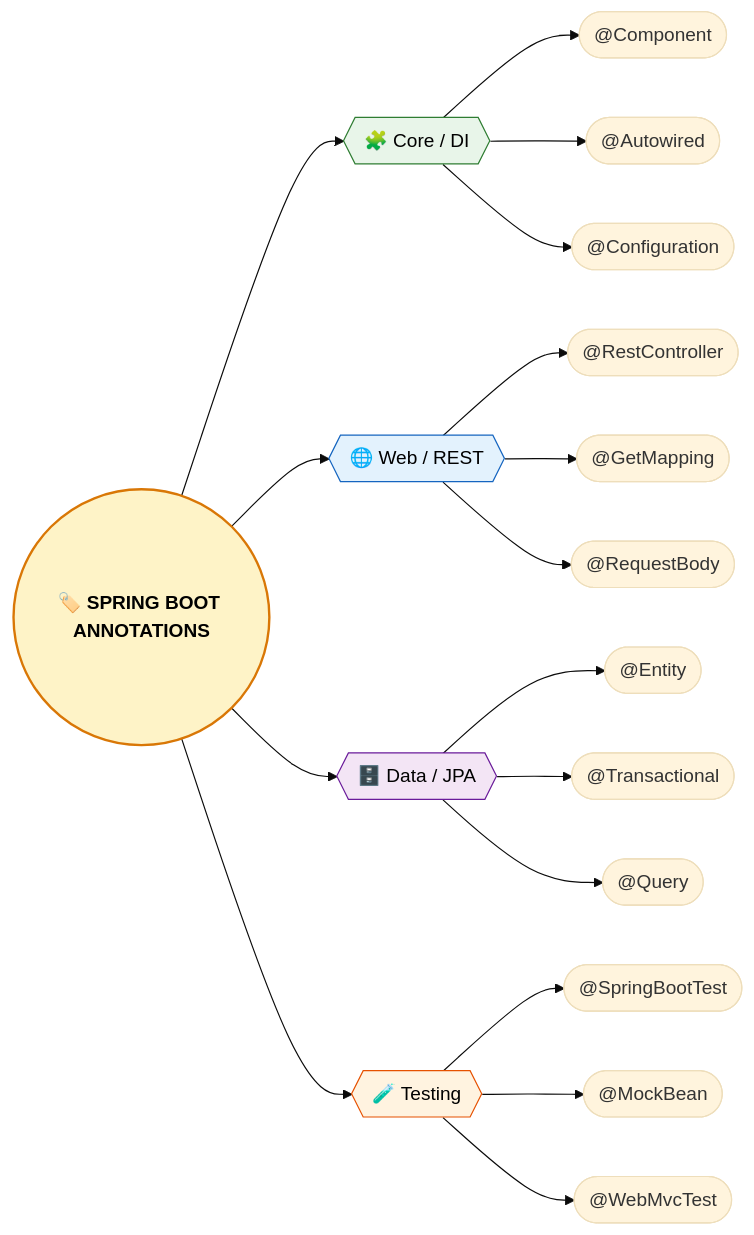
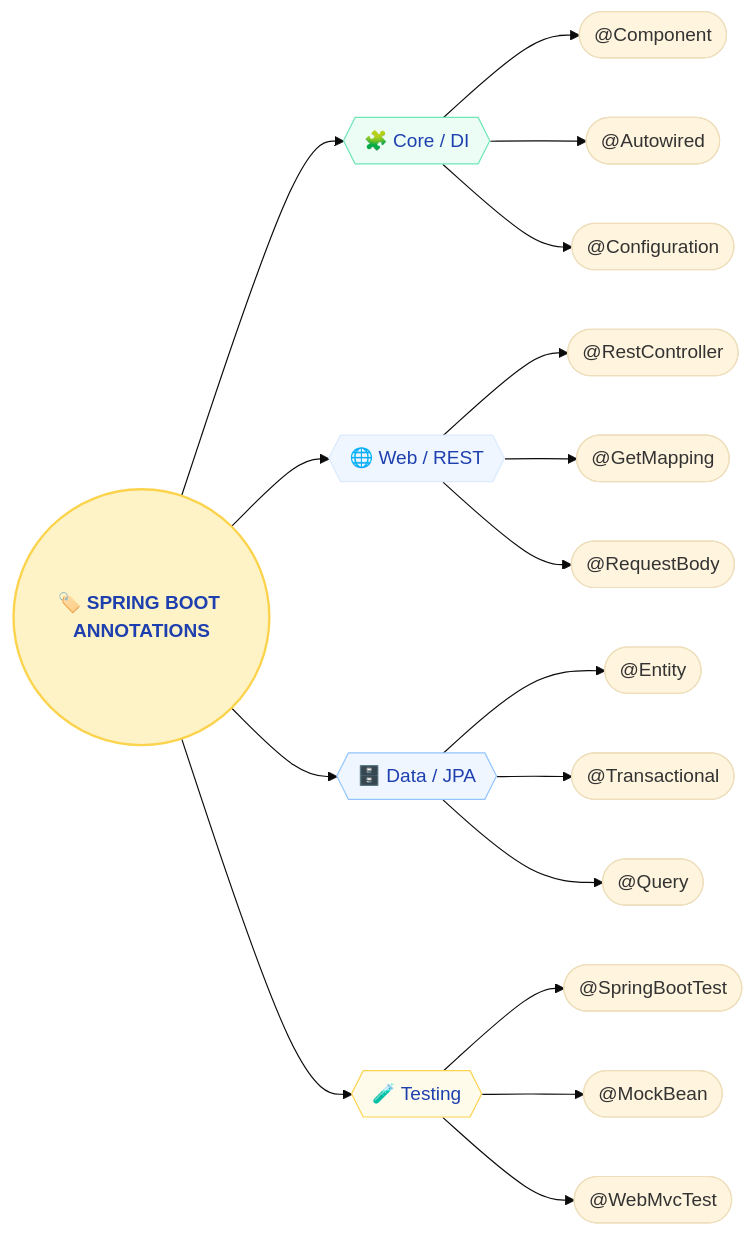
Before and after one commit to saivamsikaruturi/vamsilabs-dev-notes-main: the first of 2 diagrams in docs/springboot/Annotations.md, drawn with Mermaid (base theme). The commit also changed other lines of this file and 220 other files, not shown here.

First line of the commit message:
Add 50+ new Java/Spring Boot pages, rewrite CSS code blocks to Oracle style, fix all diagram colors

````diff
--- a/docs/springboot/Annotations.md
+++ b/docs/springboot/Annotations.md
@@ -7,30 +7,30 @@
 ```mermaid
 flowchart LR
     SB(("🏷️ <b>SPRING BOOT ANNOTATIONS</b>"))
     SB --> Core{{"🧩 Core / DI"}}
     SB --> Web{{"🌐 Web / REST"}}
     SB --> Data{{"🗄️ Data / JPA"}}
     SB --> Test{{"🧪 Testing"}}
     
     Core --> C1(["@Component"])
     Core --> C2(["@Autowired"])
     Core --> C3(["@Configuration"])
     
     Web --> W1(["@RestController"])
     Web --> W2(["@GetMapping"])
     Web --> W3(["@RequestBody"])
     
     Data --> D1(["@Entity"])
     Data --> D2(["@Transactional"])
     Data --> D3(["@Query"])
     
     Test --> T1(["@SpringBootTest"])
     Test --> T2(["@MockBean"])
     Test --> T3(["@WebMvcTest"])
 
-    style SB fill:#FEF3C7,stroke:#D97706,stroke-width:2px,color:#000
-    style Core fill:#E8F5E9,stroke:#2E7D32,color:#000
-    style Web fill:#E3F2FD,stroke:#1565C0,color:#000
-    style Data fill:#F3E5F5,stroke:#6A1B9A,color:#000
-    style Test fill:#FFF3E0,stroke:#E65100,color:#000
+    style SB fill:#FEF3C7,stroke:#FCD34D,stroke-width:2px,color:#1E40AF
+    style Core fill:#ECFDF5,stroke:#6EE7B7,color:#1E40AF
+    style Web fill:#EFF6FF,stroke:#DBEAFE,color:#1E40AF
+    style Data fill:#EFF6FF,stroke:#93C5FD,color:#1E40AF
+    style Test fill:#FFFBEB,stroke:#FCD34D,color:#1E40AF
 ```
````
